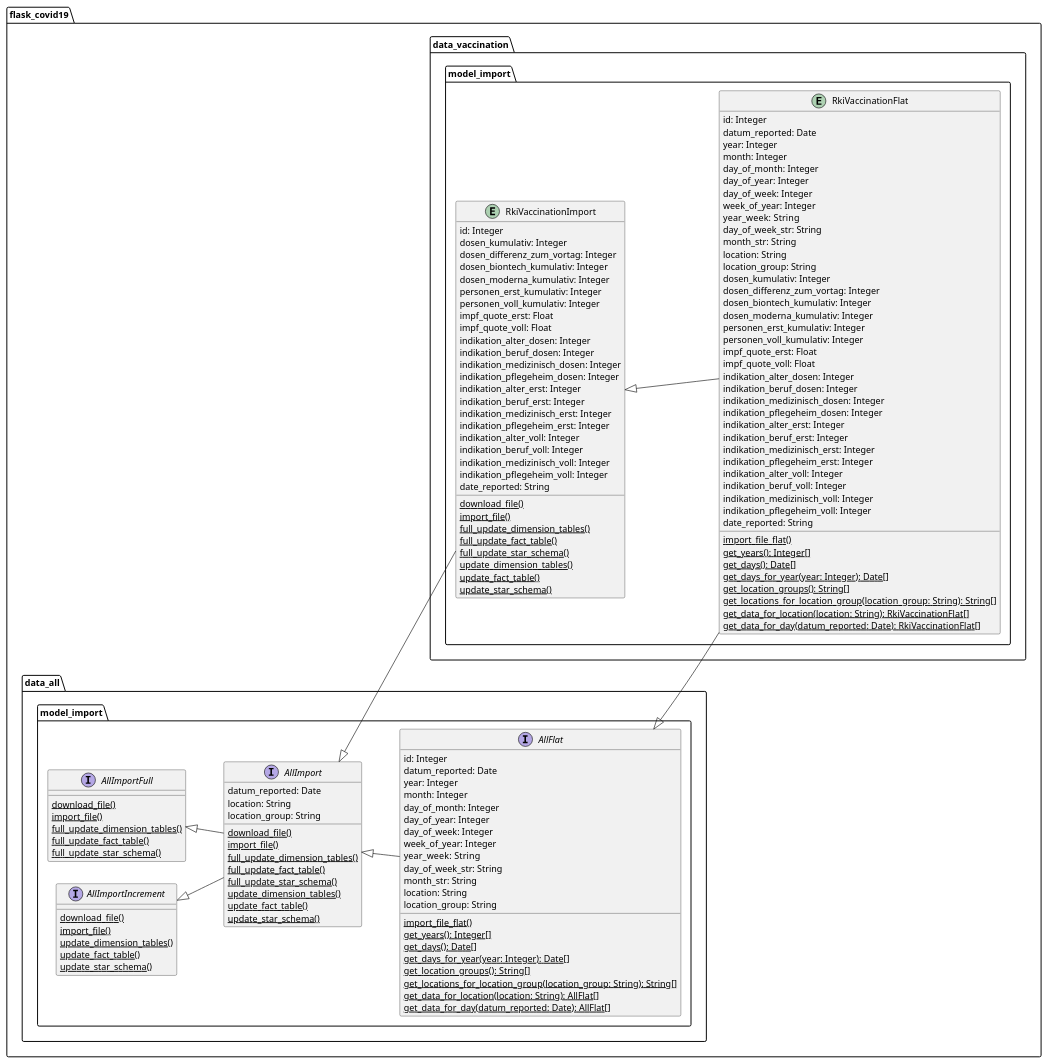
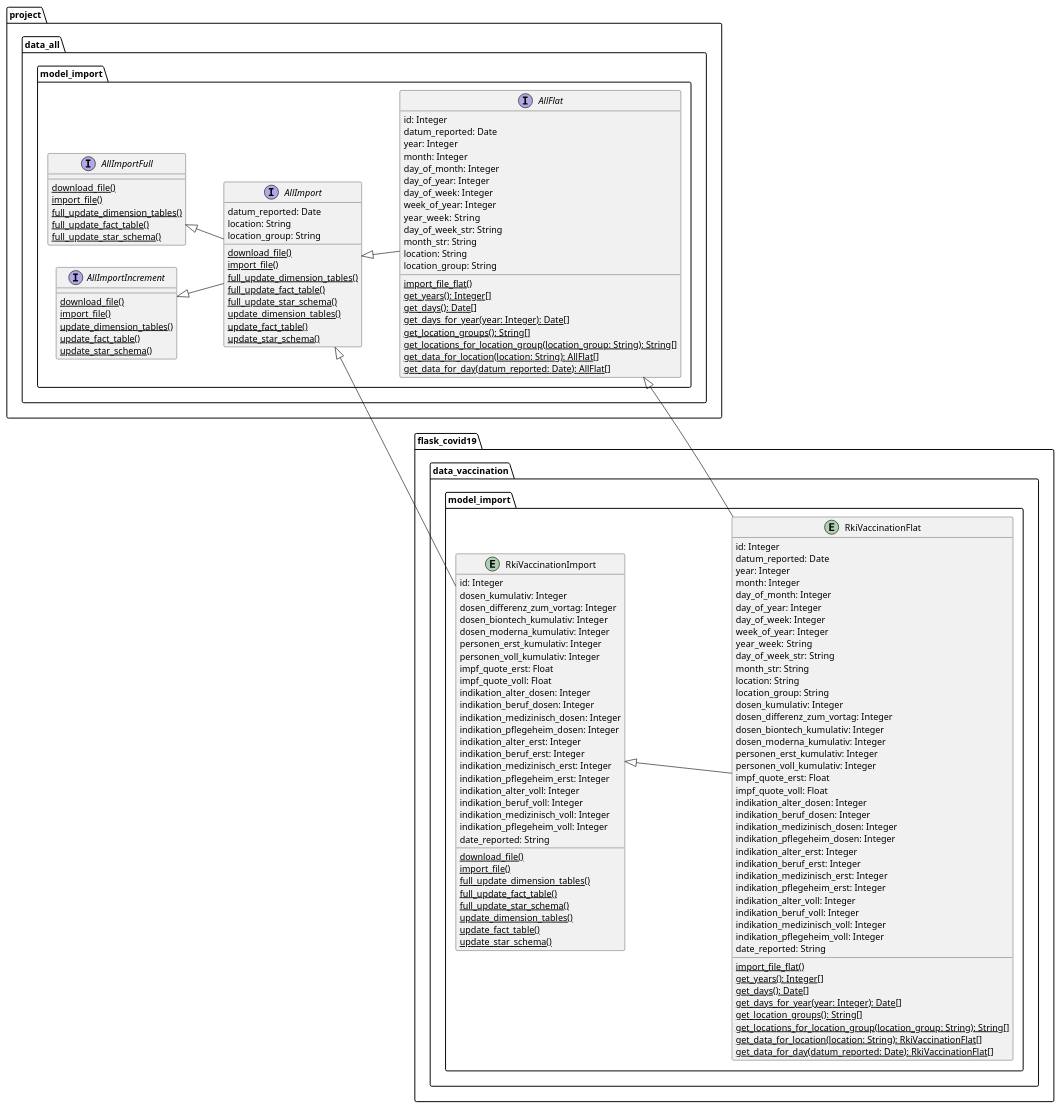
One commit to thomaswoehlke/flask_covid19 changed the diagram in docs/uml/data_vaccination/rki_vaccination_domain_model_import.puml. Above: the diagram before and after it, drawn with PlantUML. The commit also changed 39 other files, not shown here.

```diff
--- a/docs/uml/data_vaccination/rki_vaccination_domain_model_import.puml
+++ b/docs/uml/data_vaccination/rki_vaccination_domain_model_import.puml
@@ -1,148 +1,148 @@
 @startuml
 left to right direction
 
-package flask_covid19.data_all.model_import {
+package project.data_all.model_import {
 
 	interface AllImportFull {
 		{classifier} download_file()
 		{classifier} import_file()
 		{classifier} full_update_dimension_tables()
 		{classifier} full_update_fact_table()
 		{classifier} full_update_star_schema()
 	}
 
 	interface AllImportIncrement {
 		{classifier} download_file()
 		{classifier} import_file()
 		{classifier} update_dimension_tables()
 		{classifier} update_fact_table()
 		{classifier} update_star_schema()
 	}
 
 	interface AllImport {
 	    datum_reported: Date
 		location: String
 		location_group: String
 		{classifier} download_file()
 		{classifier} import_file()
 		{classifier} full_update_dimension_tables()
 		{classifier} full_update_fact_table()
 		{classifier} full_update_star_schema()
 		{classifier} update_dimension_tables()
 		{classifier} update_fact_table()
 		{classifier} update_star_schema()
 	}
 
 	interface AllFlat {
 	    id: Integer
 	    datum_reported: Date
 	    year: Integer
 	    month: Integer
 	    day_of_month: Integer
 		day_of_year: Integer
 	    day_of_week: Integer
 	    week_of_year: Integer
 	    year_week:  String
 	    day_of_week_str: String
 		month_str: String
 		location: String
 		location_group: String
 		{classifier} import_file_flat()
 		{classifier} get_years(): Integer[]
 		{classifier} get_days(): Date[]
 		{classifier} get_days_for_year(year: Integer): Date[]
 		{classifier} get_location_groups(): String[]
 		{classifier} get_locations_for_location_group(location_group: String): String[]
 		{classifier} get_data_for_location(location: String): AllFlat[]
 		{classifier} get_data_for_day(datum_reported: Date): AllFlat[]
 	}
 }
 
 package flask_covid19.data_vaccination.model_import {
 
 	entity RkiVaccinationImport {
 	    id: Integer
 	    dosen_kumulativ: Integer
 	    dosen_differenz_zum_vortag: Integer
 	    dosen_biontech_kumulativ: Integer
 	    dosen_moderna_kumulativ: Integer
 	    personen_erst_kumulativ: Integer
 	    personen_voll_kumulativ: Integer
 	    impf_quote_erst: Float
 	    impf_quote_voll: Float
 	    indikation_alter_dosen: Integer
 	    indikation_beruf_dosen: Integer
 	    indikation_medizinisch_dosen: Integer
 	    indikation_pflegeheim_dosen: Integer
 	    indikation_alter_erst: Integer
 	    indikation_beruf_erst: Integer
 	    indikation_medizinisch_erst: Integer
 	    indikation_pflegeheim_erst: Integer
 	    indikation_alter_voll: Integer
 	    indikation_beruf_voll: Integer
 	    indikation_medizinisch_voll: Integer
 	    indikation_pflegeheim_voll: Integer
 	    date_reported: String
 		{classifier} download_file()
 		{classifier} import_file()
 		{classifier} full_update_dimension_tables()
 		{classifier} full_update_fact_table()
 		{classifier} full_update_star_schema()
 		{classifier} update_dimension_tables()
 		{classifier} update_fact_table()
 		{classifier} update_star_schema()
 	}
 
 	entity RkiVaccinationFlat {
 	    id: Integer
 	    datum_reported: Date
 	    year: Integer
 	    month: Integer
 	    day_of_month: Integer
 		day_of_year: Integer
 	    day_of_week: Integer
 	    week_of_year: Integer
 	    year_week:  String
 	    day_of_week_str: String
 		month_str: String
 		location: String
 		location_group: String
 	    dosen_kumulativ: Integer
 	    dosen_differenz_zum_vortag: Integer
 	    dosen_biontech_kumulativ: Integer
 	    dosen_moderna_kumulativ: Integer
 	    personen_erst_kumulativ: Integer
 	    personen_voll_kumulativ: Integer
 	    impf_quote_erst: Float
 	    impf_quote_voll: Float
 	    indikation_alter_dosen: Integer
 	    indikation_beruf_dosen: Integer
 	    indikation_medizinisch_dosen: Integer
 	    indikation_pflegeheim_dosen: Integer
 	    indikation_alter_erst: Integer
 	    indikation_beruf_erst: Integer
 	    indikation_medizinisch_erst: Integer
 	    indikation_pflegeheim_erst: Integer
 	    indikation_alter_voll: Integer
 	    indikation_beruf_voll: Integer
 	    indikation_medizinisch_voll: Integer
 	    indikation_pflegeheim_voll: Integer
 	    date_reported: String
 		{classifier} import_file_flat()
 		{classifier} get_years(): Integer[]
 		{classifier} get_days(): Date[]
 		{classifier} get_days_for_year(year: Integer): Date[]
 		{classifier} get_location_groups(): String[]
 		{classifier} get_locations_for_location_group(location_group: String): String[]
 		{classifier} get_data_for_location(location: String): RkiVaccinationFlat[]
 		{classifier} get_data_for_day(datum_reported: Date): RkiVaccinationFlat[]
 	}
 }
 
 AllImportFull <|-- AllImport
 AllImportIncrement <|-- AllImport
 AllImport <|-- AllFlat
 AllImport <|-- RkiVaccinationImport
 AllFlat <|-- RkiVaccinationFlat
 RkiVaccinationImport <|-- RkiVaccinationFlat
 @enduml
```
